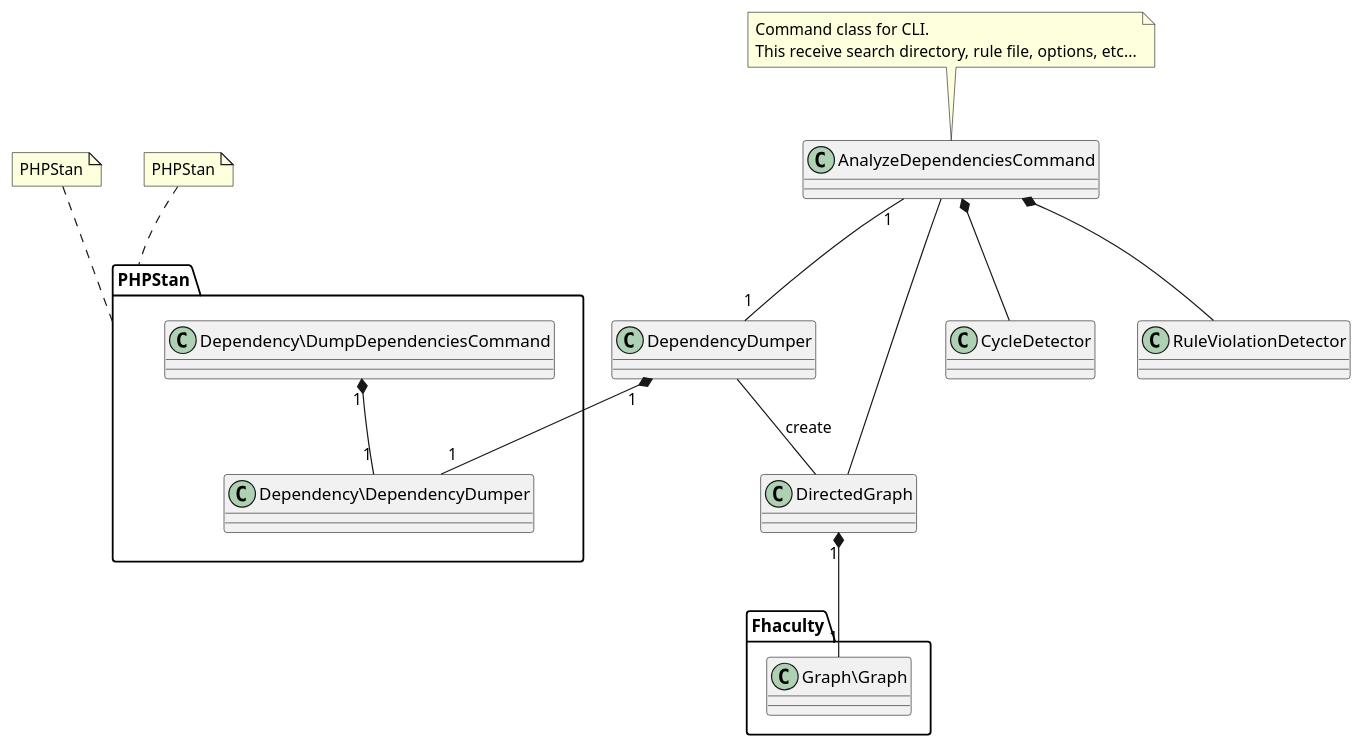
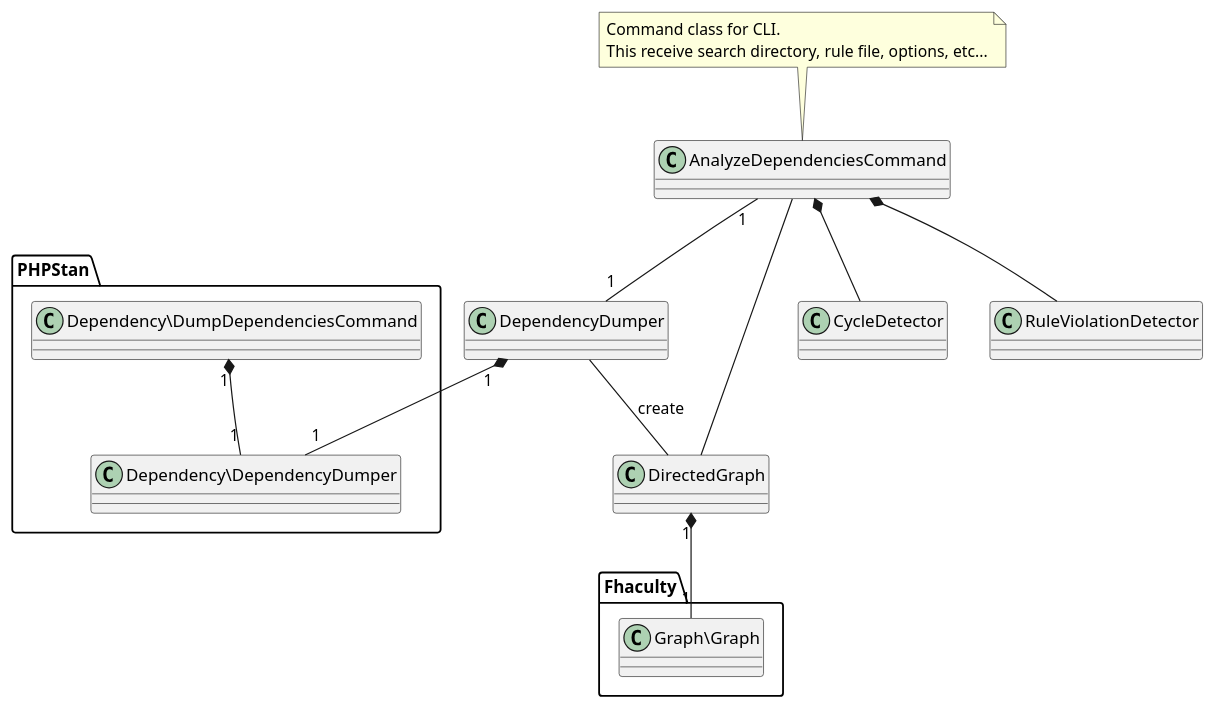
One commit to nazonohito51/dependency-analyzer changed the diagram in doc/class.puml. Above: the diagram before and after it, drawn with PlantUML.

Commit message:
remove comment

```diff
--- a/doc/class.puml
+++ b/doc/class.puml
@@ -1,105 +1,97 @@
 @startuml
 class AnalyzeDependenciesCommand {
 }
 
 class DependencyDumper {
 }
 
 class DirectedGraph {
 }
 
 class CycleDetector {
 }
 
 class RuleViolationDetector {
 }
 
 note top of AnalyzeDependenciesCommand
   Command class for CLI.
   This receive search directory, rule file, options, etc...
 end note
 
 AnalyzeDependenciesCommand "1" -- "1" DependencyDumper
 AnalyzeDependenciesCommand -- DirectedGraph
 DependencyDumper -- DirectedGraph: create
 AnalyzeDependenciesCommand *-- CycleDetector
 AnalyzeDependenciesCommand *-- RuleViolationDetector
 
 namespace PHPStan {
   class Dependency\DumpDependenciesCommand {
   }
 
   class Dependency\DependencyDumper {
   }
 
   .DependencyDumper "1" *-- "1" Dependency\DependencyDumper
   Dependency\DumpDependenciesCommand "1" *-- "1" Dependency\DependencyDumper
 }
 
-note top of PHPStan
-  PHPStan
-end note
-
 namespace Fhaculty {
   class Graph\Graph {
   }
 
   .DirectedGraph "1" *-- "1" Graph\Graph
 }
-
-note top of PHPStan
-  PHPStan
-end note
 
 /'
 class CollectionBuilder {
   - LogFile file
 }
 
 class ItemCollection {
   - array items
 }
 
 class View {
   - string dimensions
   - array columns
 }
 
 class SplFileObject {
 }
 
 class LogFile {
   - string path
   - ParserInterface parser
 }
 
 class Item {
   - LogFile file
   - int linePos
 }
 
 class ItemInterface {
 }
 
 class ApacheLogParser {
   - string format
 }
 
 class LtsvParser {
 }
 
 class ParserInterface {
 }
 
 CollectionBuilder ..> ItemCollection : create
 ItemCollection o-- Item
 Item <|.. ItemInterface
 Item "1..n" -- "1" LogFile
 ApacheLogParser <|.. ParserInterface
 LtsvParser <|.. ParserInterface
 LogFile <|-- SplFileObject
 LogFile "0..n" -- "1" ParserInterface
 ItemCollection <..> View : create
 '/
 
 @enduml
```
